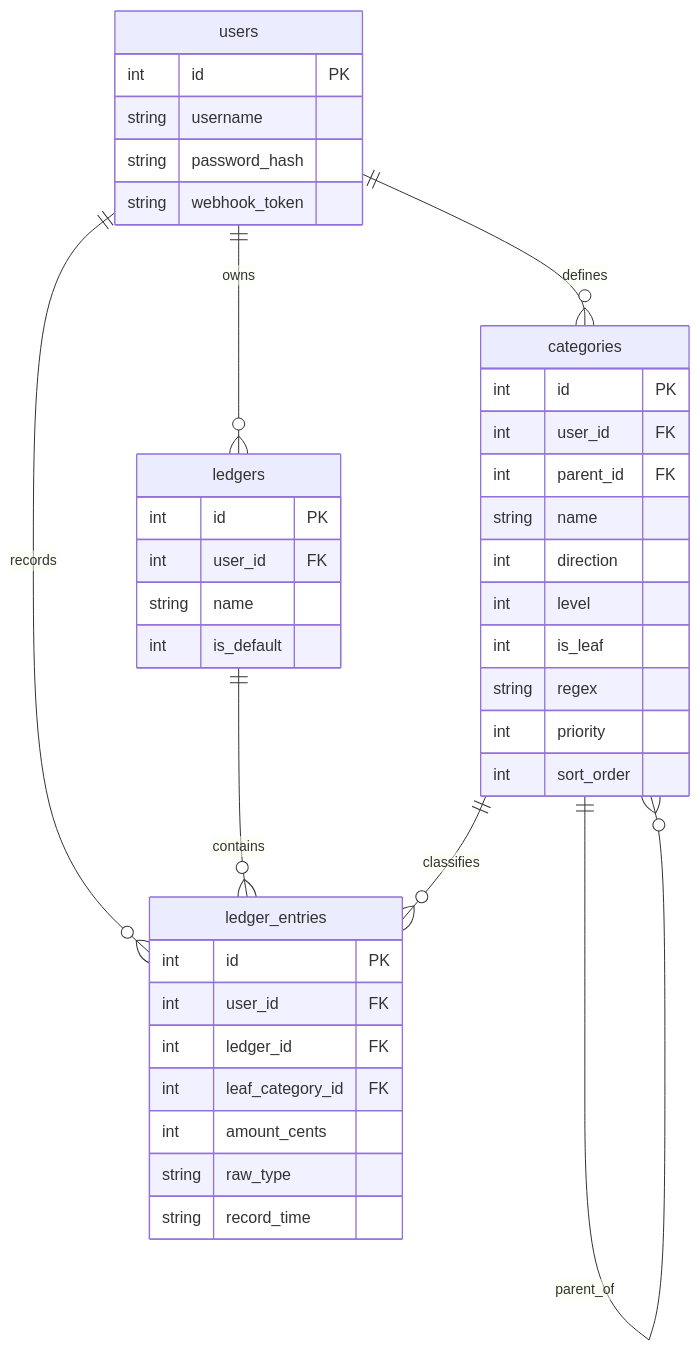
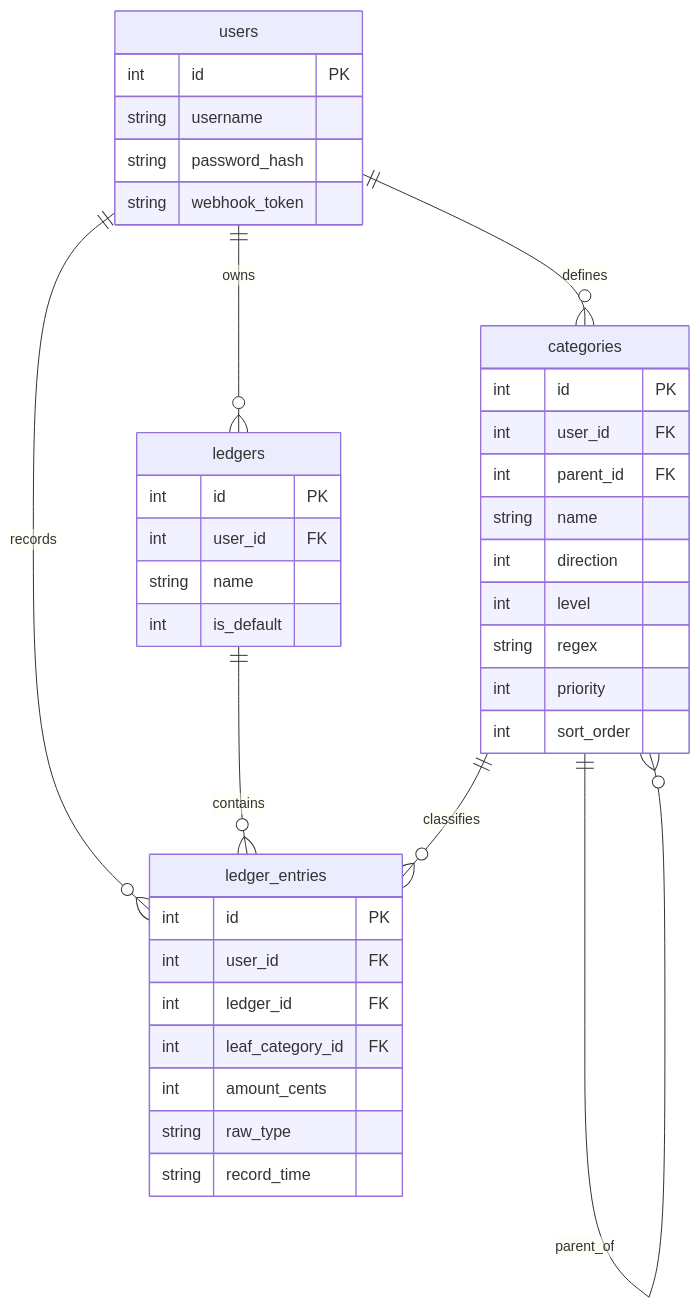
One commit to mutouyun/almanac changed the diagram in docs/ledger_data_model.md. Above: the diagram before and after it, drawn with Mermaid. The commit also changed other lines of this file and 2 other files, not shown here.

````diff
--- a/docs/ledger_data_model.md
+++ b/docs/ledger_data_model.md
@@ -17,43 +20,42 @@
 ```mermaid
 erDiagram
     users ||--o{ ledgers : owns
     users ||--o{ categories : defines
     users ||--o{ ledger_entries : records
     ledgers ||--o{ ledger_entries : contains
     categories ||--o{ categories : parent_of
     categories ||--o{ ledger_entries : classifies
 
     users {
         int id PK
         string username
         string password_hash
         string webhook_token
     }
     ledgers {
         int id PK
         int user_id FK
         string name
         int is_default
     }
     categories {
         int id PK
         int user_id FK
         int parent_id FK
         string name
         int direction
         int level
-        int is_leaf
         string regex
         int priority
         int sort_order
     }
     ledger_entries {
         int id PK
         int user_id FK
         int ledger_id FK
         int leaf_category_id FK
         int amount_cents
         string raw_type
         string record_time
     }
 ```
````
